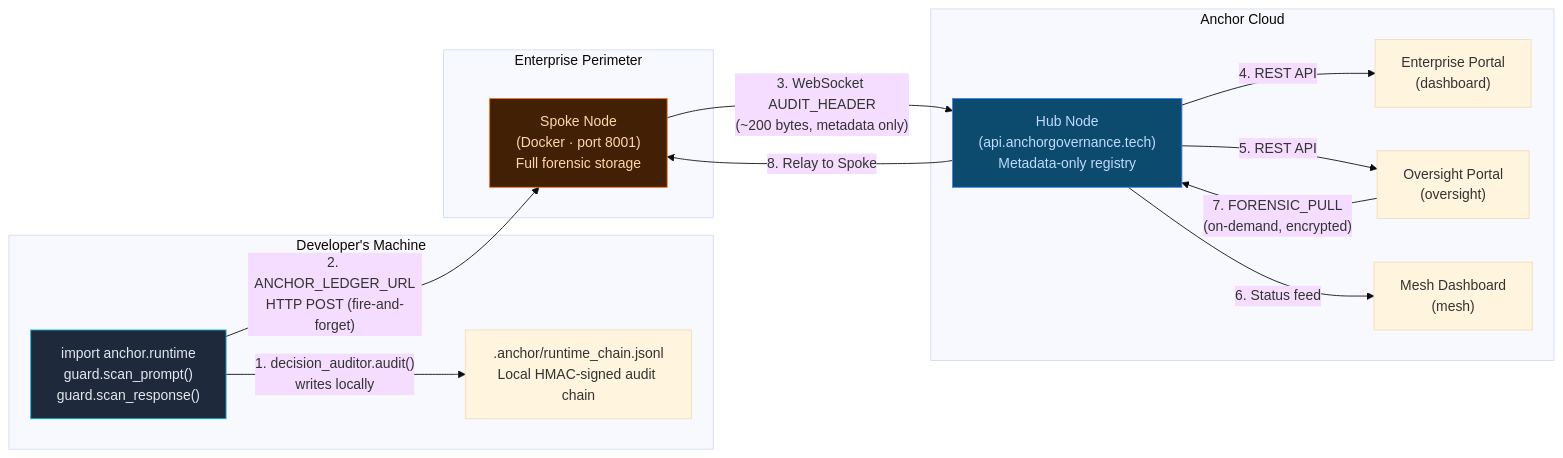
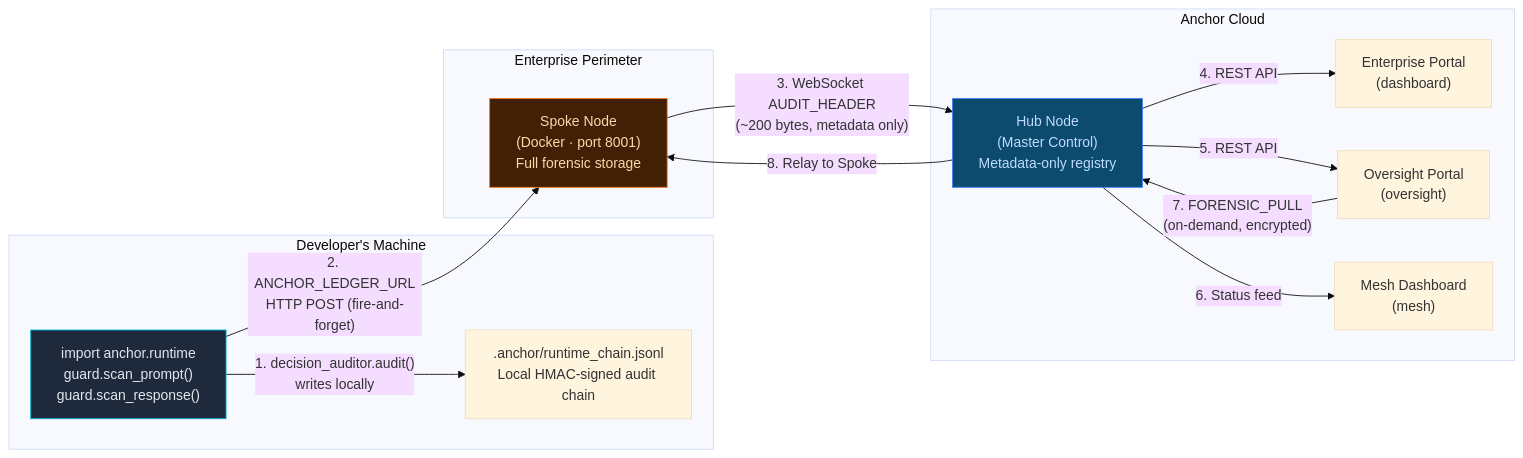
One commit to AnimusLab/Anchor changed the eighth of 8 diagrams in README.md. Above: the diagram before and after it, drawn with Mermaid (base theme). The commit also changed other lines of this file, not shown here.

````diff
--- a/README.md
+++ b/README.md
@@ -440,31 +443,31 @@
 ```mermaid
 graph LR
     subgraph "Developer's Machine"
         CODE["import anchor.runtime\nguard.scan_prompt()\nguard.scan_response()"]
         CHAIN[".anchor/runtime_chain.jsonl\nLocal HMAC-signed audit chain"]
     end
 
     subgraph "Enterprise Perimeter"
         SPOKE_SRV["Spoke Node\n(Docker · port 8001)\nFull forensic storage"]
     end
 
     subgraph "Anchor Cloud"
-        HUB_SRV["Hub Node\n(api.anchorgovernance.tech)\nMetadata-only registry"]
+        HUB_SRV["Hub Node\n(Master Control)\nMetadata-only registry"]
         ENT_DASH["Enterprise Portal\n(dashboard)"]
         REG_DASH["Oversight Portal\n(oversight)"]
         MESH_VIZ["Mesh Dashboard\n(mesh)"]
     end
 
     CODE -->|"1. decision_auditor.audit()\nwrites locally"| CHAIN
     CODE -->|"2. ANCHOR_LEDGER_URL\nHTTP POST (fire-and-forget)"| SPOKE_SRV
     SPOKE_SRV -->|"3. WebSocket AUDIT_HEADER\n(~200 bytes, metadata only)"| HUB_SRV
     HUB_SRV -->|"4. REST API"| ENT_DASH
     HUB_SRV -->|"5. REST API"| REG_DASH
     HUB_SRV -->|"6. Status feed"| MESH_VIZ
     REG_DASH -->|"7. FORENSIC_PULL\n(on-demand, encrypted)"| HUB_SRV
     HUB_SRV -->|"8. Relay to Spoke"| SPOKE_SRV
 
     style CODE fill:#1e293b,stroke:#06b6d4,color:#e2e8f0
     style SPOKE_SRV fill:#422006,stroke:#f97316,color:#fed7aa
     style HUB_SRV fill:#0c4a6e,stroke:#3b82f6,color:#bfdbfe
 ```
````
